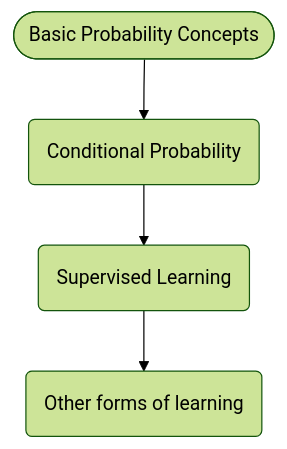
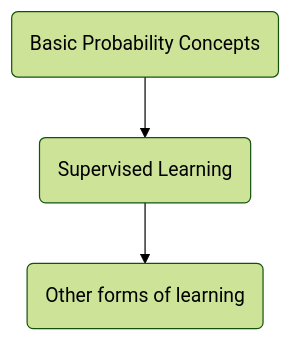
One commit to pantelis/aiml-common changed the diagram in lectures/learning-problem/_index.md. Above: the diagram before and after it, drawn with Mermaid (forest theme). The commit also changed 8 other files, not shown here.

```diff
--- a/lectures/learning-problem/_index.md
+++ b/lectures/learning-problem/_index.md
@@ -12,7 +12,6 @@
 {{< mermaid align="left" theme="dark" >}}
 graph TB;
-    A([Basic Probability Concepts]) --> B(Conditional Probability) 
-    B --> C(Supervised Learning)
+    A(Basic Probability Concepts) --> C(Supervised Learning)
     C --> D(Other forms of learning)
     click A "../ml-math/probability"
 {{< /mermaid >}}
```
